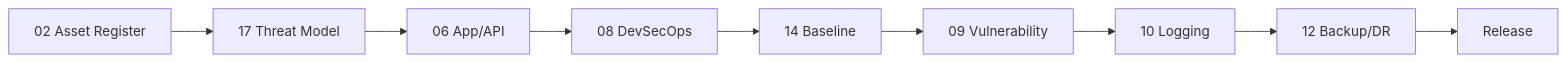
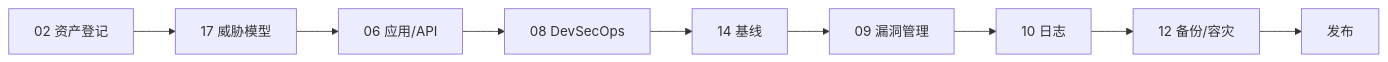
One commit to xiaochen201807/company-network-security-docs changed the eighth of 10 diagrams in docs/公司安全知识图谱.md. Above: the diagram before and after it, drawn with Mermaid. The commit also changed other lines of this file and 81 other files, not shown here.

```diff
--- a/docs/公司安全知识图谱.md
+++ b/docs/公司安全知识图谱.md
@@ -387,11 +387,11 @@
 ~~~mermaid
 flowchart LR
-    A["02 Asset Register"] --> B["17 Threat Model"]
-    B --> C["06 App/API"]
+    A["02 资产登记"] --> B["17 威胁模型"]
+    B --> C["06 应用/API"]
     C --> D["08 DevSecOps"]
-    D --> E["14 Baseline"]
-    E --> F["09 Vulnerability"]
-    F --> G["10 Logging"]
-    G --> H["12 Backup/DR"]
-    H --> I["Release"]
+    D --> E["14 基线"]
+    E --> F["09 漏洞管理"]
+    F --> G["10 日志"]
+    G --> H["12 备份/容灾"]
+    H --> I["发布"]
 ~~~
```
